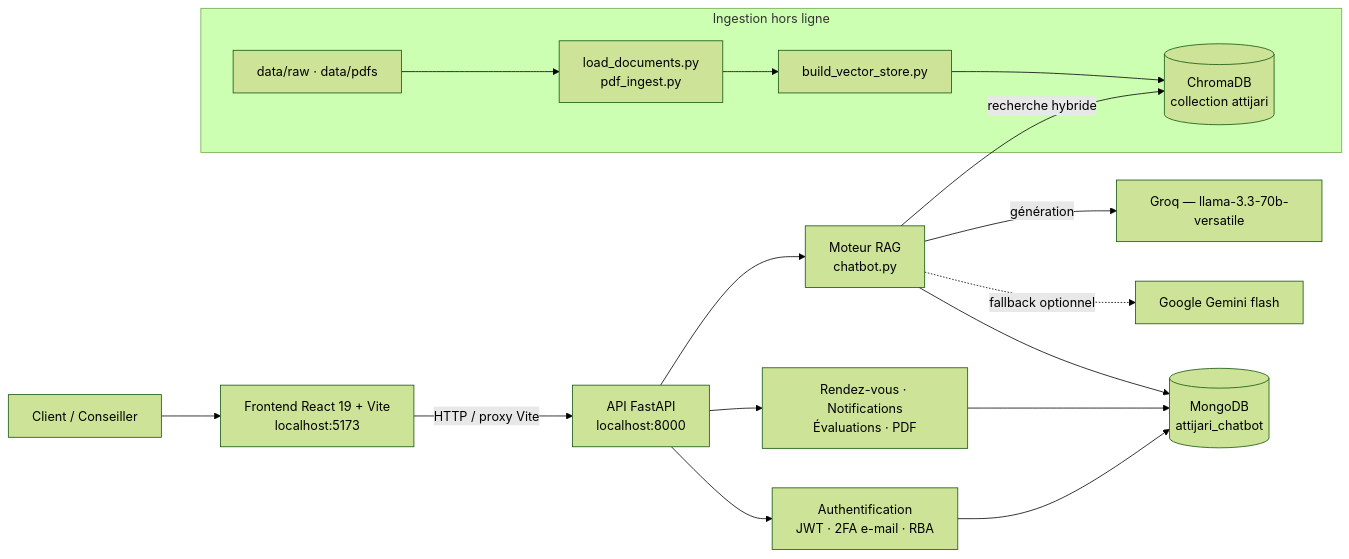
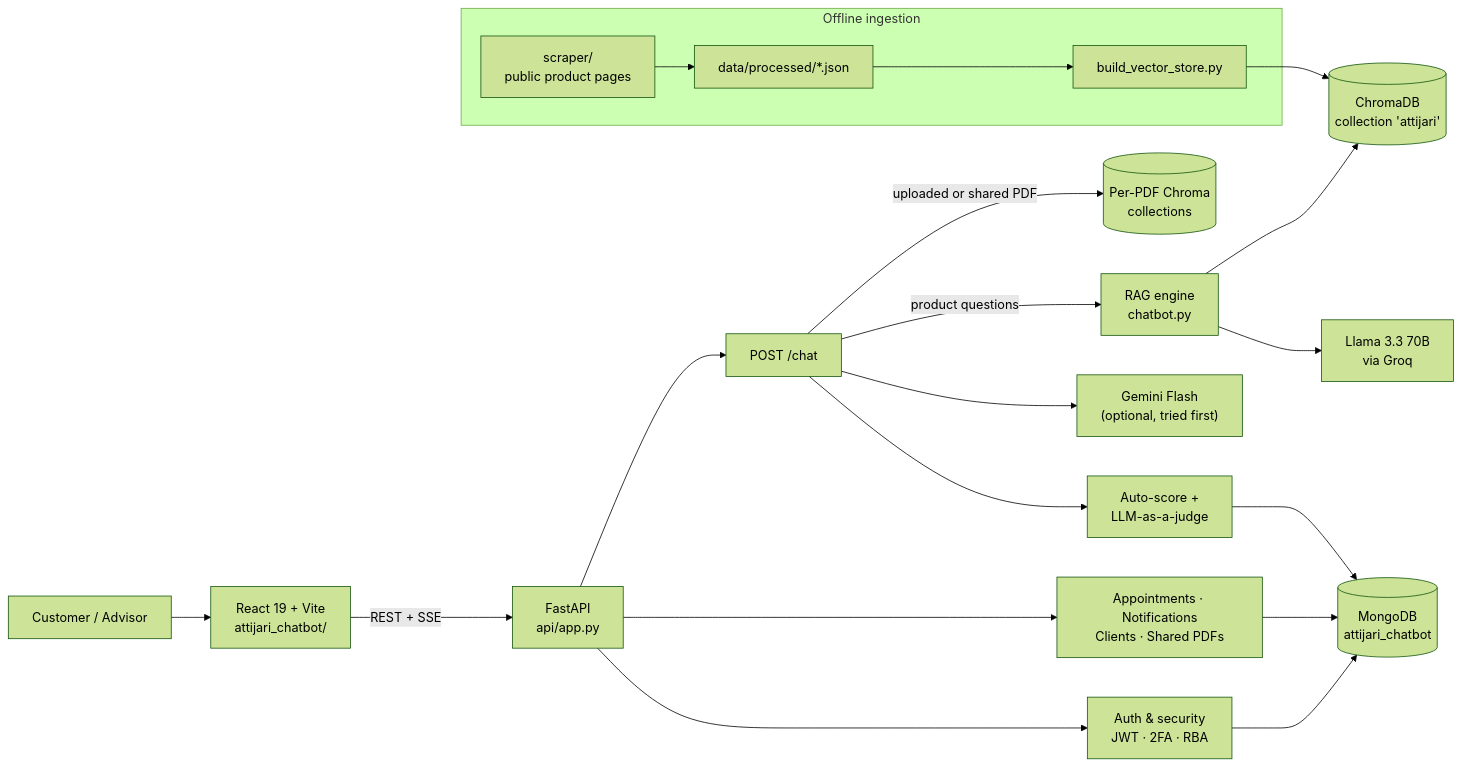
One commit to sofienkrir/Conseiller-Client-le-Augment-par-Intelligence-Artificielle_PFE changed the diagram in README.md. Above: the diagram before and after it, drawn with Mermaid (forest theme). The commit also changed other lines of this file, not shown here.

````diff
--- a/README.md
+++ b/README.md
@@ -80,23 +49,26 @@
 ```mermaid
 flowchart LR
-    U["Client / Conseiller"] --> F["Frontend React 19 + Vite<br/>localhost:5173"]
-    F -->|"HTTP / proxy Vite"| A["API FastAPI<br/>localhost:8000"]
+    U["Customer / Advisor"] --> F["React 19 + Vite<br/>attijari_chatbot/"]
+    F -->|"REST + SSE"| A["FastAPI<br/>api/app.py"]
 
-    A --> AUTH["Authentification<br/>JWT · 2FA e-mail · RBA"]
-    A --> RAG["Moteur RAG<br/>chatbot.py"]
-    A --> BIZ["Rendez-vous · Notifications<br/>Évaluations · PDF"]
+    A --> SEC["Auth & security<br/>JWT · 2FA · RBA"]
+    A --> CHAT["POST /chat"]
+    A --> BIZ["Appointments · Notifications<br/>Clients · Shared PDFs"]
 
-    RAG -->|"recherche hybride"| C[("ChromaDB<br/>collection attijari")]
-    RAG -->|"génération"| G["Groq — llama-3.3-70b-versatile"]
-    RAG -.->|"fallback optionnel"| GM["Google Gemini flash"]
+    CHAT -->|"uploaded or shared PDF"| PDFV[("Per-PDF Chroma<br/>collections")]
+    CHAT -->|"product questions"| RAG["RAG engine<br/>chatbot.py"]
+    RAG --> VS[("ChromaDB<br/>collection 'attijari'")]
+    CHAT --> GEM["Gemini Flash<br/>(optional, tried first)"]
+    RAG --> GROQ["Llama 3.3 70B<br/>via Groq"]
 
-    AUTH --> M[("MongoDB<br/>attijari_chatbot")]
-    BIZ --> M
-    RAG --> M
+    CHAT --> EVAL["Auto-score +<br/>LLM-as-a-judge"]
+    SEC --> DB[("MongoDB<br/>attijari_chatbot")]
+    BIZ --> DB
+    EVAL --> DB
 
-    subgraph ING["Ingestion hors ligne"]
-        D["data/raw · data/pdfs"] --> L["load_documents.py<br/>pdf_ingest.py"]
-        L --> BV["build_vector_store.py"]
-        BV --> C
+    subgraph OFF["Offline ingestion"]
+        S["scraper/<br/>public product pages"] --> J["data/processed/*.json"]
+        J --> B["build_vector_store.py"]
     end
+    B --> VS
 ```
````
